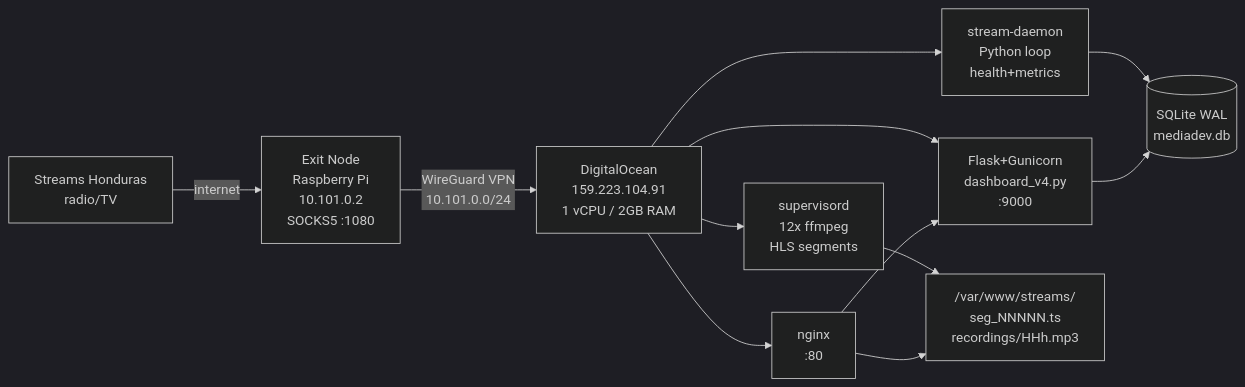
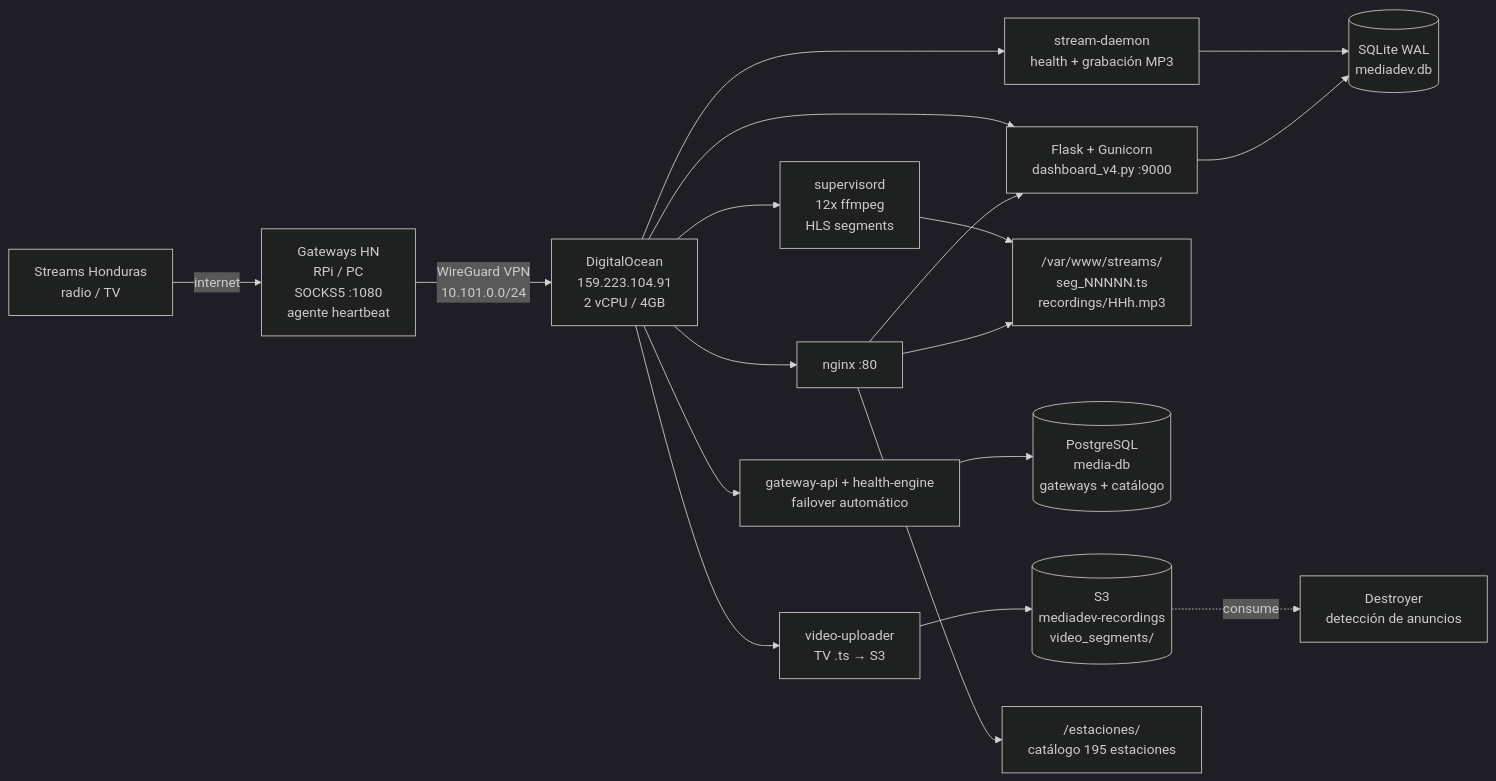
Before and after one commit to gchiham/MediaDEV-Honduras: the diagram in README.md, drawn with Mermaid (dark theme). The commit also changed other lines of this file, not shown here.

````diff
--- a/README.md
+++ b/README.md
@@ -15,14 +22,20 @@
 ```mermaid
 graph LR
-    A[Streams Honduras\nradio/TV] -->|internet| B[Exit Node\nRaspberry Pi\n10.101.0.2\nSOCKS5 :1080]
-    B -->|WireGuard VPN\n10.101.0.0/24| C[DigitalOcean\n159.223.104.91\n1 vCPU / 2GB RAM]
-    C --> D[supervisord\n12x ffmpeg\nHLS segments]
-    C --> E[stream-daemon\nPython loop\nhealth+metrics]
-    C --> F[Flask+Gunicorn\ndashboard_v4.py\n:9000]
-    C --> G[nginx\n:80]
+    A["Streams Honduras<br/>radio / TV"] -->|internet| B["Gateways HN<br/>RPi / PC<br/>SOCKS5 :1080<br/>agente heartbeat"]
+    B -->|WireGuard VPN<br/>10.101.0.0/24| C["DigitalOcean<br/>159.223.104.91<br/>2 vCPU / 4GB"]
+    C --> D["supervisord<br/>12x ffmpeg<br/>HLS segments"]
+    C --> E["stream-daemon<br/>health + grabación MP3"]
+    C --> J["gateway-api + health-engine<br/>failover automático"]
+    C --> K["video-uploader<br/>TV .ts → S3"]
+    C --> F["Flask + Gunicorn<br/>dashboard_v4.py :9000"]
+    C --> G["nginx :80"]
     D --> H["/var/www/streams/<br/>seg_NNNNN.ts<br/>recordings/HHh.mp3"]
-    E --> I[(SQLite WAL\nmediadev.db)]
+    E --> I[("SQLite WAL<br/>mediadev.db")]
+    J --> L[("PostgreSQL<br/>media-db<br/>gateways + catálogo")]
+    K --> M[("S3<br/>mediadev-recordings<br/>video_segments/")]
     F --> I
     G --> F
     G --> H
+    G --> N["/estaciones/<br/>catálogo 195 estaciones"]
+    M -.->|consume| O["Destroyer<br/>detección de anuncios"]
 ```
````
